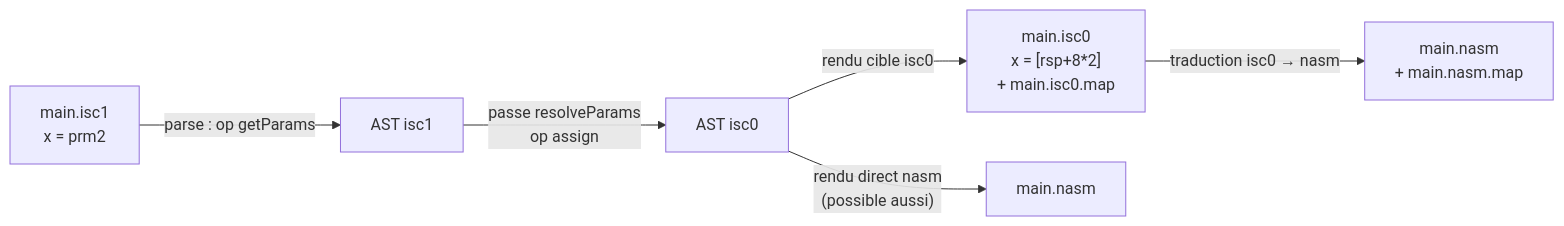
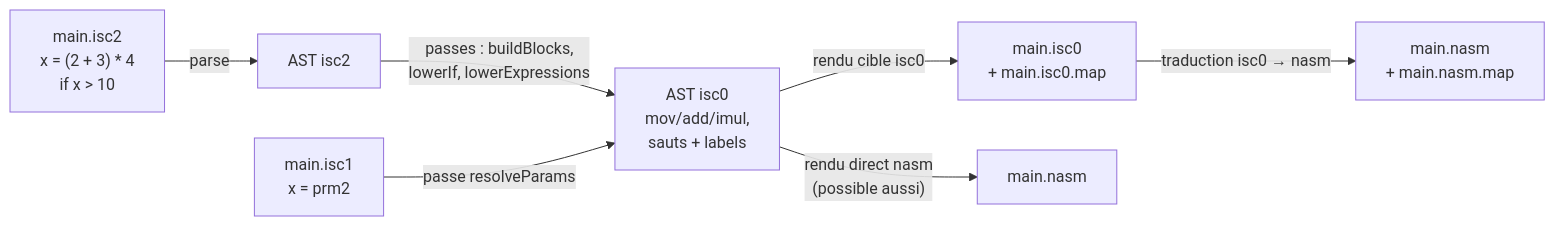
Before and after one commit to ProfesseurIssou/iscode: the second of 3 diagrams in README.md, drawn with Mermaid. The commit also changed other lines of this file and 60 other files, not shown here.

First line of the commit message:
0.4.0 isc2 lowering (if/else blocks + expressions) + ISCode Studio web app

````diff
--- a/README.md
+++ b/README.md
@@ -100,8 +101,9 @@
 ```mermaid
 flowchart LR
-    A["main.isc1<br>x = prm2"] -->|"parse : op getParams"| B["AST isc1"]
-    B -->|"passe resolveParams<br>op assign"| C["AST isc0"]
-    C -->|"rendu cible isc0"| D["main.isc0<br>x = [rsp+8*2]<br>+ main.isc0.map"]
-    C -->|"rendu direct nasm<br>(possible aussi)"| E["main.nasm"]
-    D -->|"traduction isc0 → nasm"| F["main.nasm<br>+ main.nasm.map"]
+    A["main.isc2<br>x = (2 + 3) * 4<br>if x > 10"] -->|"parse"| B["AST isc2"]
+    B -->|"passes : buildBlocks,<br>lowerIf, lowerExpressions"| C["AST isc0<br>mov/add/imul,<br>sauts + labels"]
+    D["main.isc1<br>x = prm2"] -->|"passe resolveParams"| C
+    C -->|"rendu cible isc0"| E["main.isc0<br>+ main.isc0.map"]
+    C -->|"rendu direct nasm<br>(possible aussi)"| G["main.nasm"]
+    E -->|"traduction isc0 → nasm"| F["main.nasm<br>+ main.nasm.map"]
 ```
````
